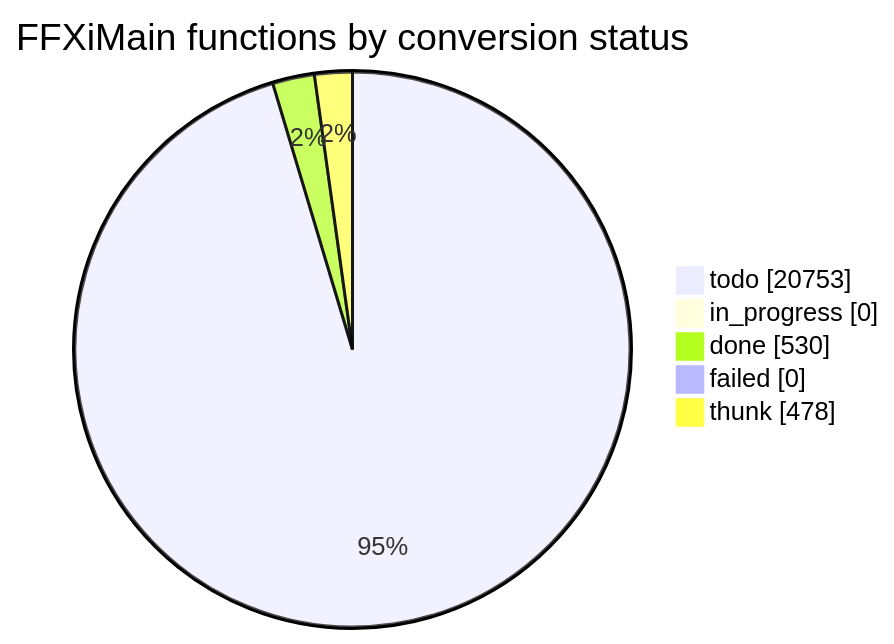
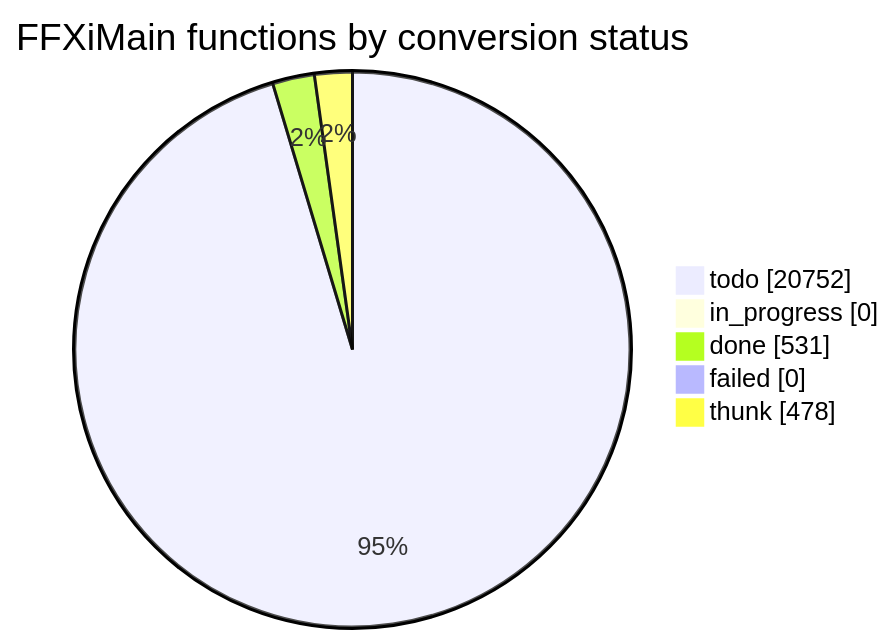
Before and after one commit to cowrevenge/cow_kuluu_xi_anything: the diagram in docs/cow/STATUS.md, drawn with Mermaid. The commit also changed other lines of this file and 9 other files, not shown here.

````diff
--- a/docs/cow/STATUS.md
+++ b/docs/cow/STATUS.md
@@ -18,9 +18,9 @@
 ```mermaid
 pie showData
     title FFXiMain functions by conversion status
-    "todo" : 20753
+    "todo" : 20752
     "in_progress" : 0
-    "done" : 530
+    "done" : 531
     "failed" : 0
     "thunk" : 478
 ```
````
